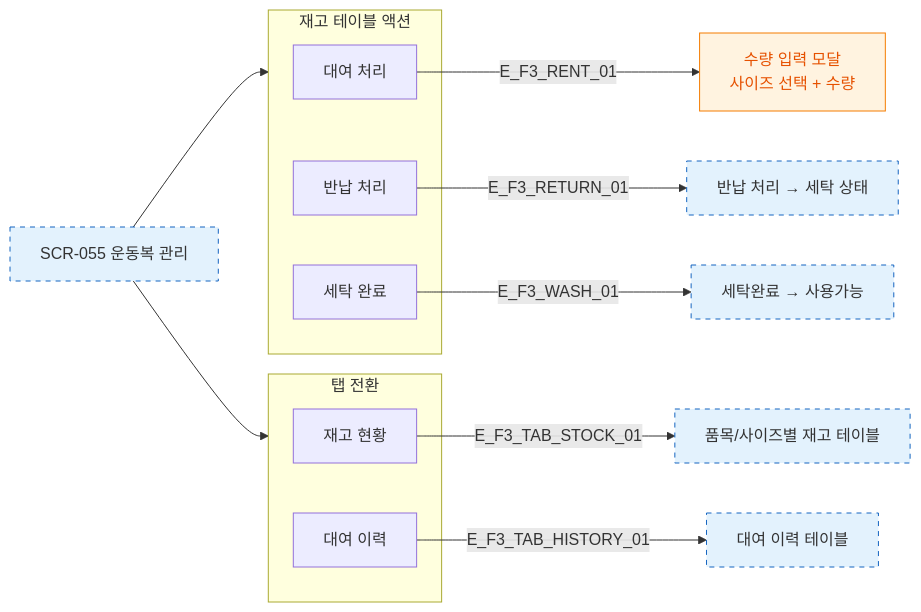
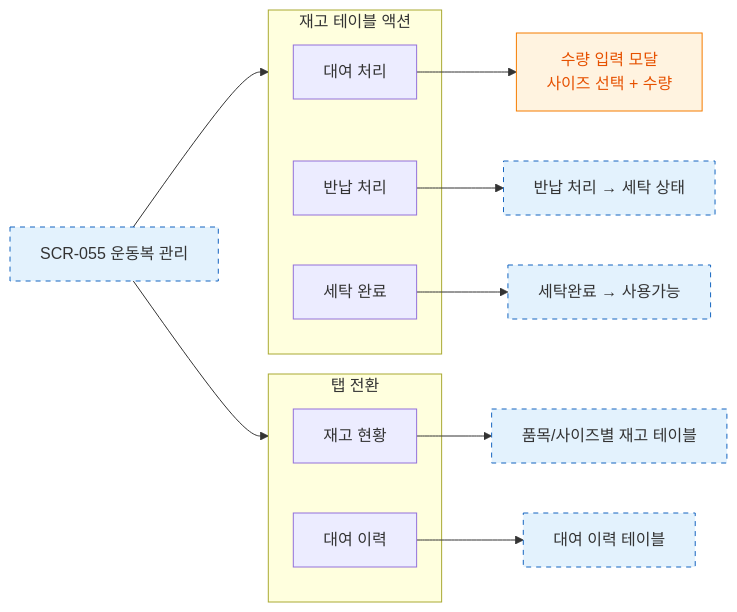
Before and after one commit to dev-spogym/admin-pando: the diagram in docs/다이어그램/D06_시설관리/SCR-055_운동복관리/F3_버튼액션.md, drawn with Mermaid. The commit also changed other lines of this file and 1660 other files, not shown here.

First line of the commit message:
다이어그램: 기획자/클라이언트 납품본으로 정리

````diff
--- a/docs/다이어그램/D06_시설관리/SCR-055_운동복관리/F3_버튼액션.md
+++ b/docs/다이어그램/D06_시설관리/SCR-055_운동복관리/F3_버튼액션.md
@@ -16,30 +14,30 @@
 ```mermaid
 flowchart LR
     SCR_055[SCR-055 운동복 관리]
 
     subgraph TableBtns["재고 테이블 액션"]
         BTN_RENT[대여 처리]
         BTN_RETURN[반납 처리]
         BTN_WASH[세탁 완료]
     end
 
     subgraph TabBtns["탭 전환"]
         TAB_STOCK[재고 현황]
         TAB_HISTORY[대여 이력]
     end
 
     SCR_055 --> TableBtns
     SCR_055 --> TabBtns
 
-    BTN_RENT -->|E_F3_RENT_01| RentModal[수량 입력 모달\n사이즈 선택 + 수량]
-    BTN_RETURN -->|E_F3_RETURN_01| ReturnFlow[반납 처리 → 세탁 상태]
-    BTN_WASH -->|E_F3_WASH_01| WashFlow[세탁완료 → 사용가능]
-    TAB_STOCK -->|E_F3_TAB_STOCK_01| StockView[품목/사이즈별 재고 테이블]
-    TAB_HISTORY -->|E_F3_TAB_HISTORY_01| HistoryView[대여 이력 테이블]
+    BTN_RENT --> RentModal[수량 입력 모달\n사이즈 선택 + 수량]
+    BTN_RETURN --> ReturnFlow[반납 처리 → 세탁 상태]
+    BTN_WASH --> WashFlow[세탁완료 → 사용가능]
+    TAB_STOCK --> StockView[품목/사이즈별 재고 테이블]
+    TAB_HISTORY --> HistoryView[대여 이력 테이블]
 
     classDef screen fill:#E3F2FD,stroke:#1565C0,stroke-dasharray:5 5
     classDef modal fill:#FFF3E0,stroke:#F57C00,color:#E65100
     classDef system fill:#EDE7F6,stroke:#5E35B2
     class SCR_055,ReturnFlow,WashFlow,StockView,HistoryView screen
     class RentModal modal
 ```
````
